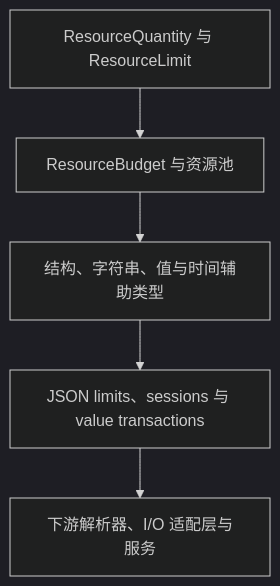
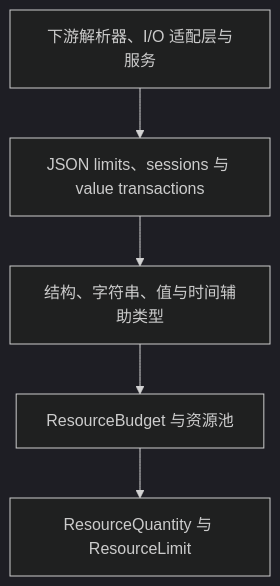
The diagram in doc/design.zh_CN.md (qubit-ltd/rs-budget), drawn with Mermaid (dark theme) before and after one commit. The commit also changed other lines of this file and 4 other files, not shown here.

````diff
--- a/doc/design.zh_CN.md
+++ b/doc/design.zh_CN.md
@@ -19,7 +19,7 @@
 ```mermaid
 flowchart TD
-    A[ResourceQuantity 与 ResourceLimit] --> B[ResourceBudget 与资源池]
-    B --> C[结构、字符串、值与时间辅助类型]
-    C --> D[JSON limits、sessions 与 value transactions]
-    D --> E[下游解析器、I/O 适配层与服务]
+    B[ResourceBudget 与资源池] --> A[ResourceQuantity 与 ResourceLimit]
+    C[结构、字符串、值与时间辅助类型] --> B
+    D[JSON limits、sessions 与 value transactions] --> C
+    E[下游解析器、I/O 适配层与服务] --> D
 ```
````
